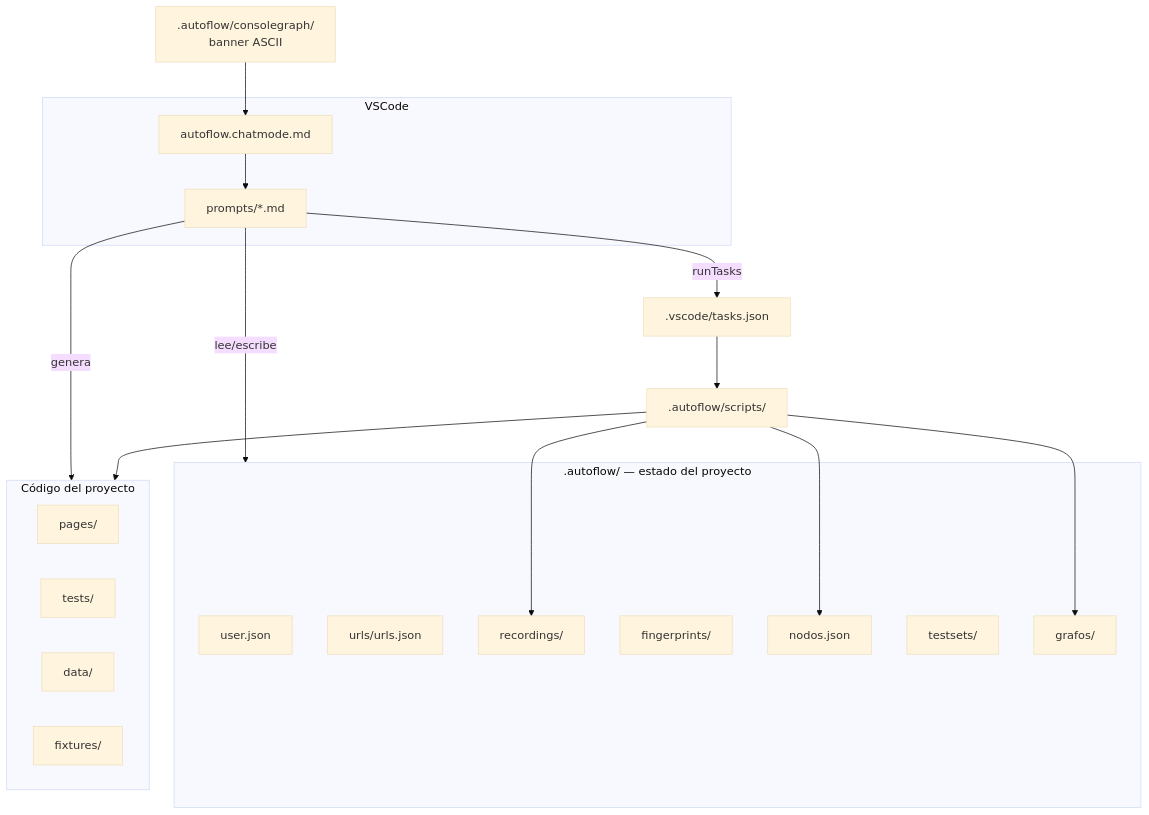
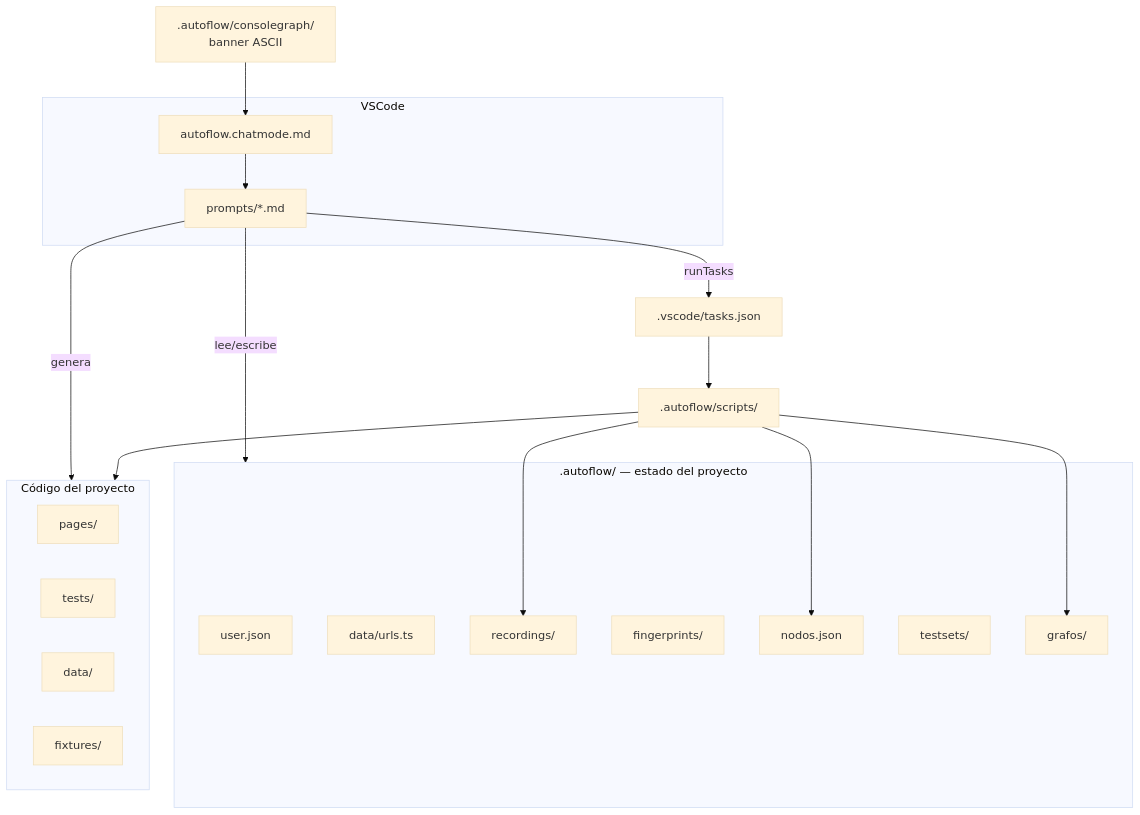
One commit to blass1/AutoFlowAgent changed the third of 4 diagrams in README.md. Above: the diagram before and after it, drawn with Mermaid (base theme). The commit also changed other lines of this file and 9 other files, not shown here.

````diff
--- a/README.md
+++ b/README.md
@@ -62,36 +114,36 @@
 ```mermaid
 flowchart TB
     subgraph VSCode
       ChatMode[autoflow.chatmode.md]
       SubPrompts[prompts/*.md]
       ChatMode --> SubPrompts
     end
 
     subgraph Estado[".autoflow/ — estado del proyecto"]
       User[user.json]
-      Urls[urls/urls.json]
+      Urls[data/urls.ts]
       Recordings[recordings/]
       Fingerprints[fingerprints/]
       Nodos[nodos.json]
       TestSets[testsets/]
       Grafos[grafos/]
     end
 
     Banner[.autoflow/consolegraph/<br/>banner ASCII] --> ChatMode
 
     subgraph Codigo[Código del proyecto]
       PagesDir[pages/]
       TestsDir[tests/]
       DataDir[data/]
       Fixtures[fixtures/]
     end
 
     SubPrompts -- lee/escribe --> Estado
     SubPrompts -- genera --> Codigo
     SubPrompts -- runTasks --> Tasks[.vscode/tasks.json]
     Tasks --> NodeScripts[.autoflow/scripts/]
     NodeScripts --> Recordings
     NodeScripts --> Nodos
     NodeScripts --> Grafos
     NodeScripts --> Codigo
 ```
````
